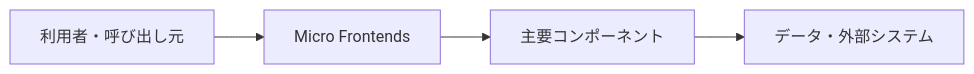
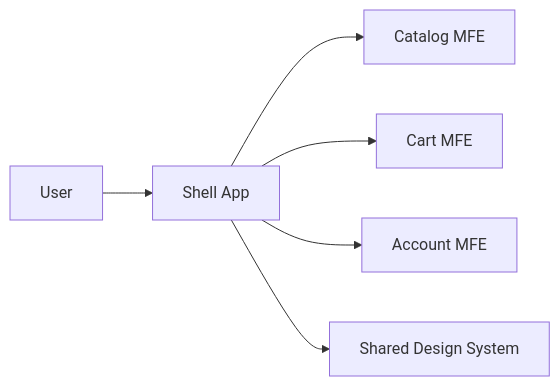
Before and after one commit to t-shirayama/architecture-notes: the diagram in docs/フロントエンド系/マイクロフロントエンド.md, drawn with Mermaid. The commit also changed other lines of this file and 32 other files, not shown here.

Commit message:
docs: refine remaining architecture notes

````diff
--- a/docs/フロントエンド系/マイクロフロントエンド.md
+++ b/docs/フロントエンド系/マイクロフロントエンド.md
@@ -24,6 +28,8 @@
 ```mermaid
 flowchart LR
-    A[利用者・呼び出し元] --> B[Micro Frontends]
-    B --> C[主要コンポーネント]
-    C --> D[データ・外部システム]
+    User --> Shell[Shell App]
+    Shell --> Catalog[Catalog MFE]
+    Shell --> Cart[Cart MFE]
+    Shell --> Account[Account MFE]
+    Shell --> Design[Shared Design System]
 ```
````
